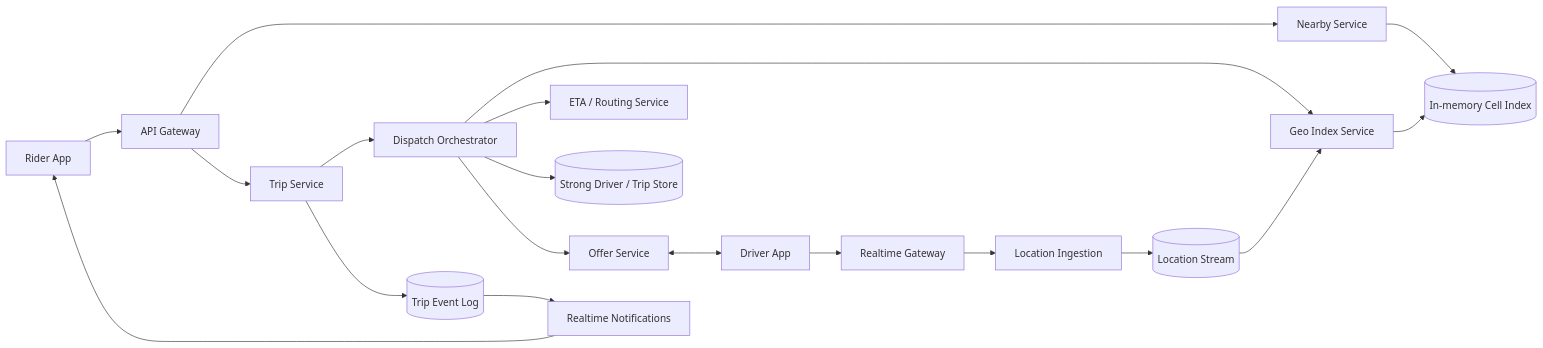
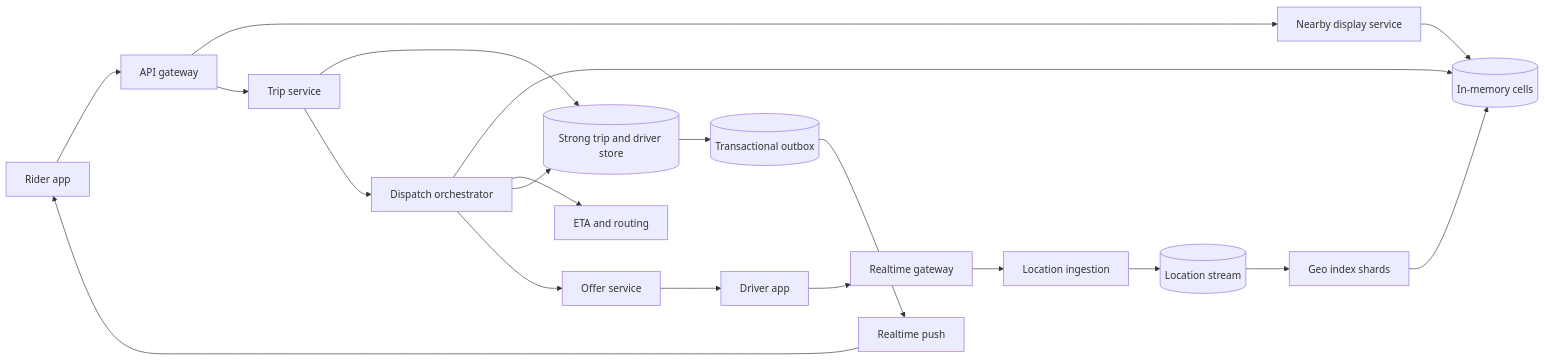
Before and after one commit to Pranshu258/system-design: the second of 5 diagrams in nearby-drivers-system-design.md, drawn with Mermaid. The commit also changed other lines of this file and 23 other files, not shown here.

````diff
--- a/nearby-drivers-system-design.md
+++ b/nearby-drivers-system-design.md
@@ -38,21 +191,22 @@
 ```mermaid
 flowchart LR
-    DA[Driver App] --> EDGE[Realtime Gateway]
-    RA[Rider App] --> API[API Gateway]
-    EDGE --> LOC[Location Ingestion]
-    LOC --> BUS[(Location Stream)]
-    BUS --> GEO[Geo Index Service]
-    GEO --> IDX[(In-memory Cell Index)]
-    API --> NEAR[Nearby Service]
-    NEAR --> IDX
-    API --> TRIP[Trip Service]
-    TRIP --> DIS[Dispatch Orchestrator]
-    DIS --> GEO
-    DIS --> ETA[ETA / Routing Service]
-    DIS --> STATE[(Strong Driver / Trip Store)]
-    DIS --> OFFER[Offer Service]
-    OFFER <--> DA
-    TRIP --> EVT[(Trip Event Log)]
-    EVT --> PUSH[Realtime Notifications]
+    DA["Driver app"] --> GW["Realtime gateway"]
+    GW --> ING["Location ingestion"]
+    ING --> LS[("Location stream")]
+    LS --> GEO["Geo index shards"]
+    GEO --> MEM[("In-memory cells")]
+    RA["Rider app"] --> API["API gateway"]
+    API --> NEAR["Nearby display service"]
+    NEAR --> MEM
+    API --> TRIP["Trip service"]
+    TRIP --> STORE[("Strong trip and driver store")]
+    TRIP --> DIS["Dispatch orchestrator"]
+    DIS --> MEM
+    DIS --> ETA["ETA and routing"]
+    DIS --> STORE
+    DIS --> OFFER["Offer service"]
+    OFFER --> DA
+    STORE --> OUTBOX[("Transactional outbox")]
+    OUTBOX --> PUSH["Realtime push"]
     PUSH --> RA
 ```
````
